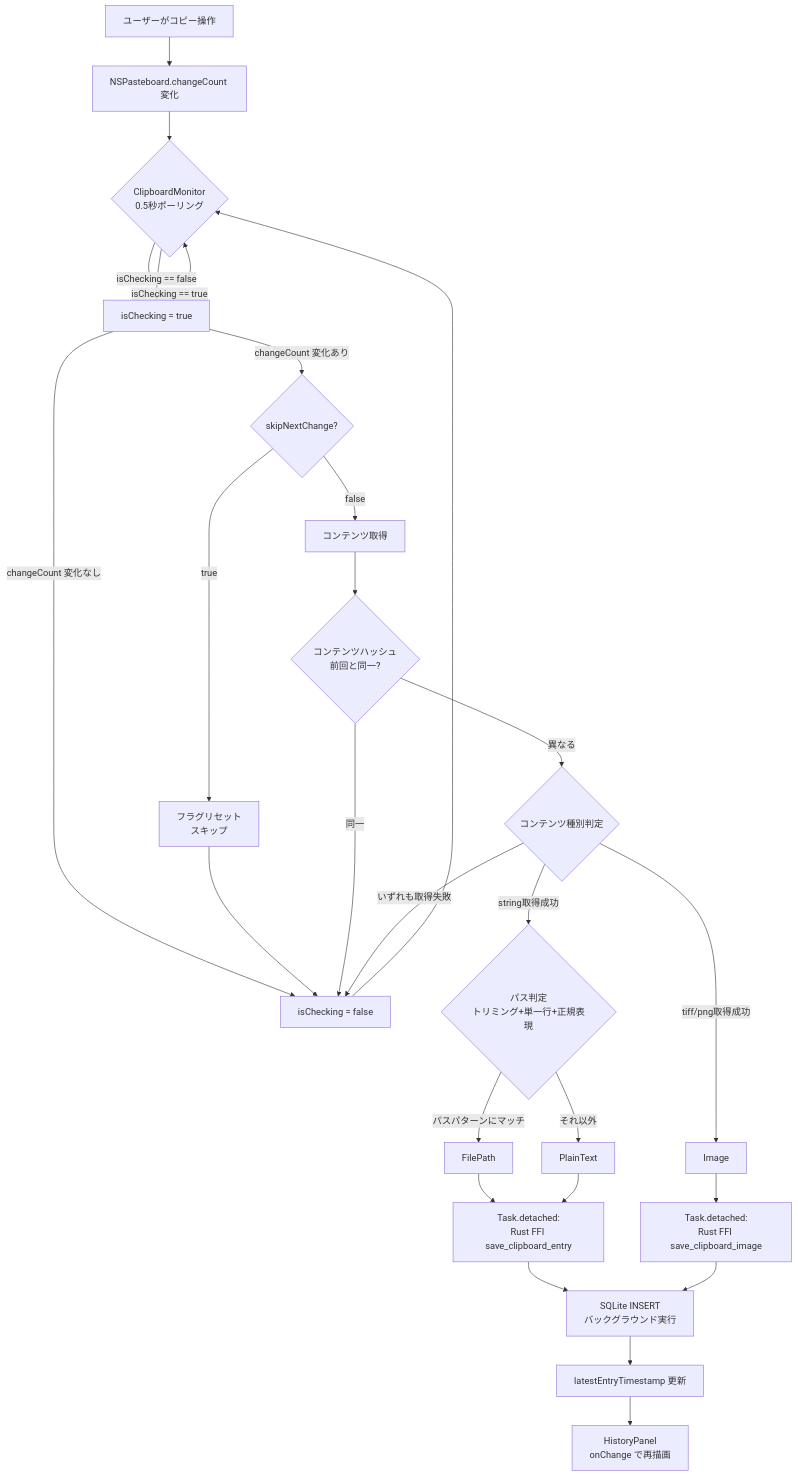
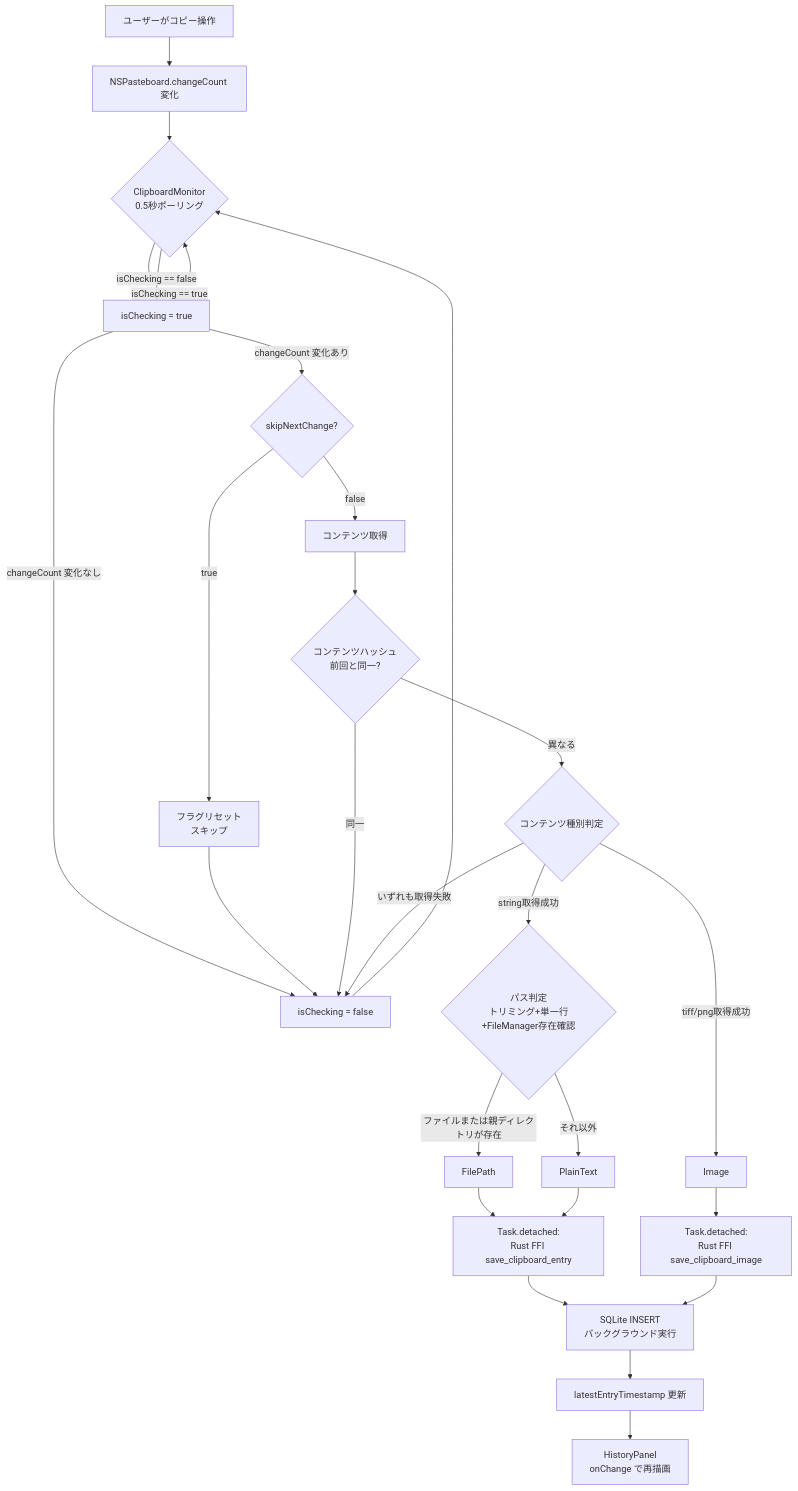
The diagram in docs/design/flows/clipboard_flow.md (otkrickey/cb), drawn with Mermaid before and after one commit. The commit also changed other lines of this file and 35 other files, not shown here.

````diff
--- a/docs/design/flows/clipboard_flow.md
+++ b/docs/design/flows/clipboard_flow.md
@@ -19,28 +19,28 @@
 ```mermaid
 flowchart TD
     A[ユーザーがコピー操作] --> B[NSPasteboard.changeCount 変化]
     B --> C{ClipboardMonitor<br/>0.5秒ポーリング}
     C -->|isChecking == true| C
     C -->|isChecking == false| C2[isChecking = true]
     C2 -->|changeCount 変化なし| C3[isChecking = false]
     C3 --> C
     C2 -->|changeCount 変化あり| D{skipNextChange?}
     D -->|true| E[フラグリセット<br/>スキップ]
     E --> C3
     D -->|false| F[コンテンツ取得]
     F --> G{コンテンツハッシュ<br/>前回と同一?}
     G -->|同一| C3
     G -->|異なる| H{コンテンツ種別判定}
-    H -->|string取得成功| I{パス判定<br/>トリミング+単一行+正規表現}
-    I -->|パスパターンにマッチ| J[FilePath]
+    H -->|string取得成功| I{パス判定<br/>トリミング+単一行+FileManager存在確認}
+    I -->|ファイルまたは親ディレクトリが存在| J[FilePath]
     I -->|それ以外| K[PlainText]
     H -->|tiff/png取得成功| L[Image]
     H -->|いずれも取得失敗| C3
     J --> M[Task.detached:<br/>Rust FFI save_clipboard_entry]
     K --> M
     L --> N[Task.detached:<br/>Rust FFI save_clipboard_image]
     M --> O[SQLite INSERT<br/>バックグラウンド実行]
     N --> O
     O --> P[latestEntryTimestamp 更新]
     P --> Q[HistoryPanel<br/>onChange で再描画]
 ```
````
